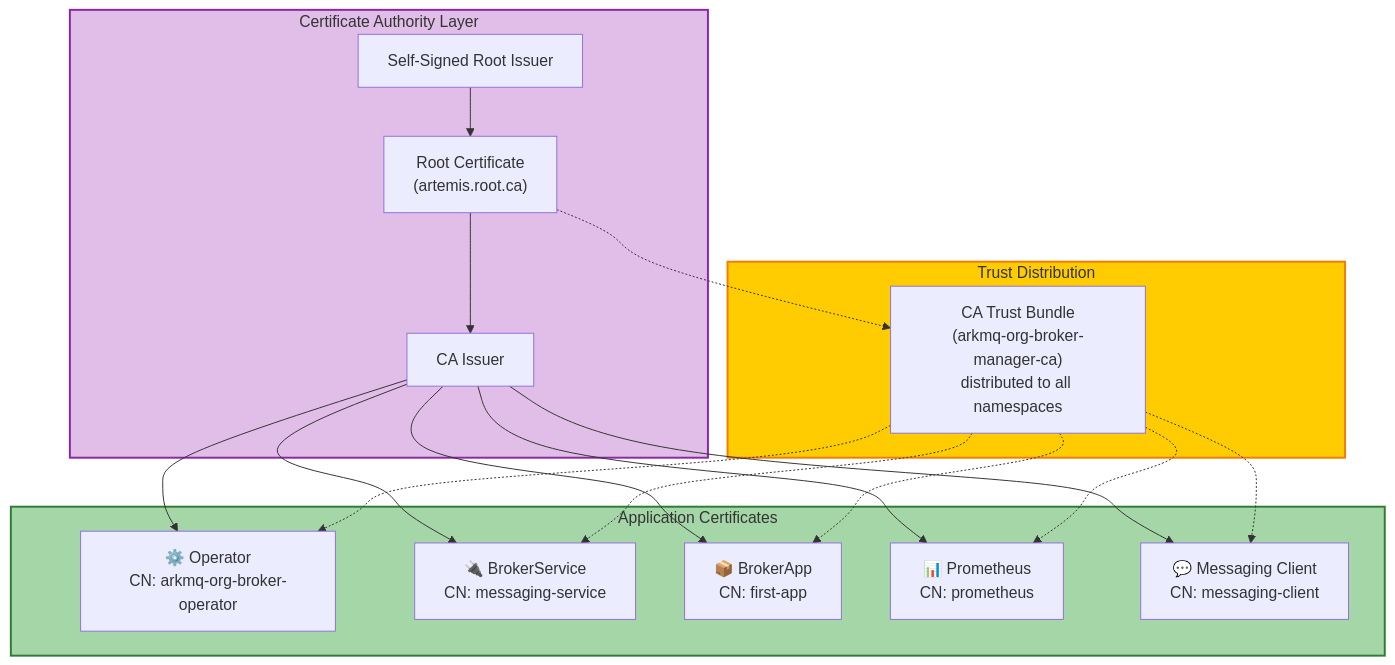
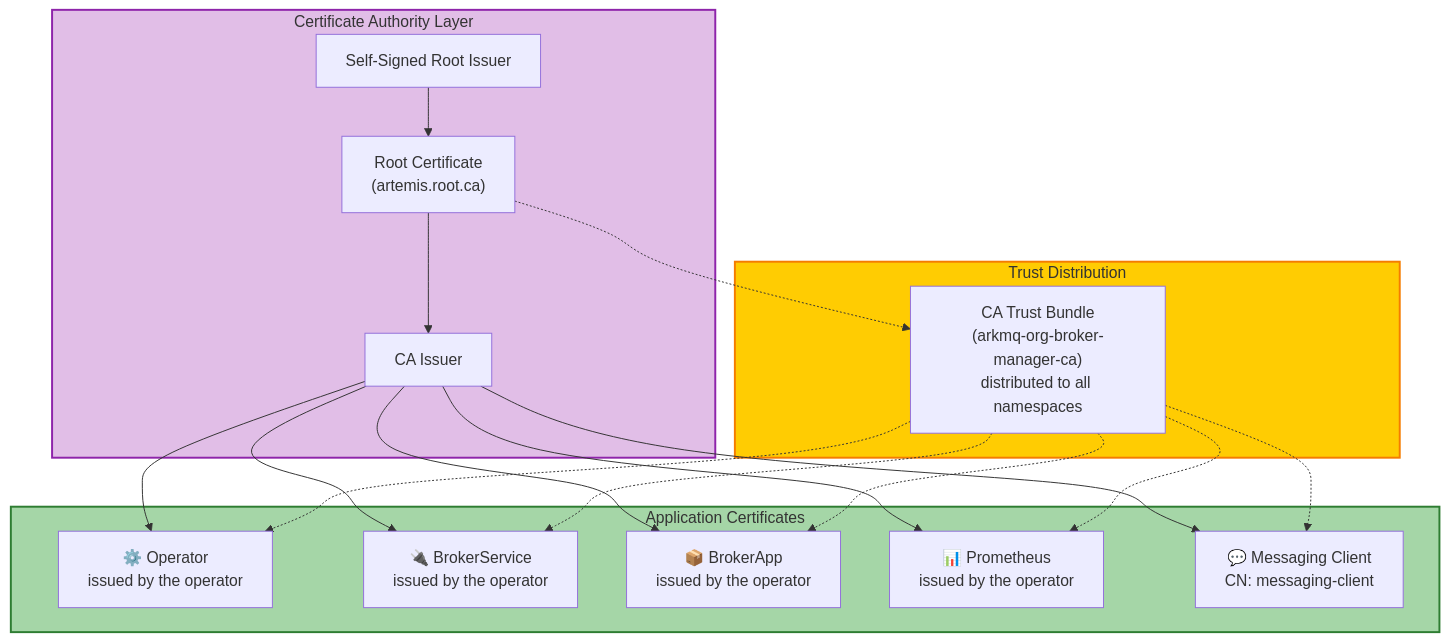
Before and after one commit to arkmq-org/arkmq-org-broker-operator: the first of 2 diagrams in docs/tutorials/secure_messaging_with_monitoring.md, drawn with Mermaid. The commit also changed other lines of this file and 20 other files, not shown here.

````diff
--- a/docs/tutorials/secure_messaging_with_monitoring.md
+++ b/docs/tutorials/secure_messaging_with_monitoring.md
@@ -60,39 +60,39 @@
 ```mermaid
 graph TB
     subgraph ca_layer ["Certificate Authority Layer"]
         SelfSigned["Self-Signed Root Issuer"]
         RootCA["Root Certificate<br/>(artemis.root.ca)"]
         CAIssuer["CA Issuer"]
     end
 
     subgraph cert_layer ["Application Certificates"]
-        OperatorCert["⚙️ Operator<br/>CN: arkmq-org-broker-operator"]
-        SvcCert["🔌 BrokerService<br/>CN: messaging-service"]
-        AppCert["📦 BrokerApp<br/>CN: first-app"]
-        PromCert["📊 Prometheus<br/>CN: prometheus"]
+        OperatorCert["⚙️ Operator<br/>issued by the operator"]
+        SvcCert["🔌 BrokerService<br/>issued by the operator"]
+        AppCert["📦 BrokerApp<br/>issued by the operator"]
+        PromCert["📊 Prometheus<br/>issued by the operator"]
         MsgCert["💬 Messaging Client<br/>CN: messaging-client"]
     end
 
     subgraph trust_layer ["Trust Distribution"]
         TrustBundle["CA Trust Bundle<br/>(arkmq-org-broker-manager-ca)<br/>distributed to all namespaces"]
     end
 
     SelfSigned --> RootCA
     RootCA --> CAIssuer
     CAIssuer --> OperatorCert
     CAIssuer --> SvcCert
     CAIssuer --> AppCert
     CAIssuer --> PromCert
     CAIssuer --> MsgCert
 
     RootCA -.-> TrustBundle
     TrustBundle -.-> OperatorCert
     TrustBundle -.-> SvcCert
     TrustBundle -.-> AppCert
     TrustBundle -.-> PromCert
     TrustBundle -.-> MsgCert
 
     style ca_layer fill:#e1bee7,stroke:#8e24aa,stroke-width:2px
     style cert_layer fill:#a5d6a7,stroke:#2e7d32,stroke-width:2px
     style trust_layer fill:#ffcc02,stroke:#f57c00,stroke-width:2px
 ```
````
